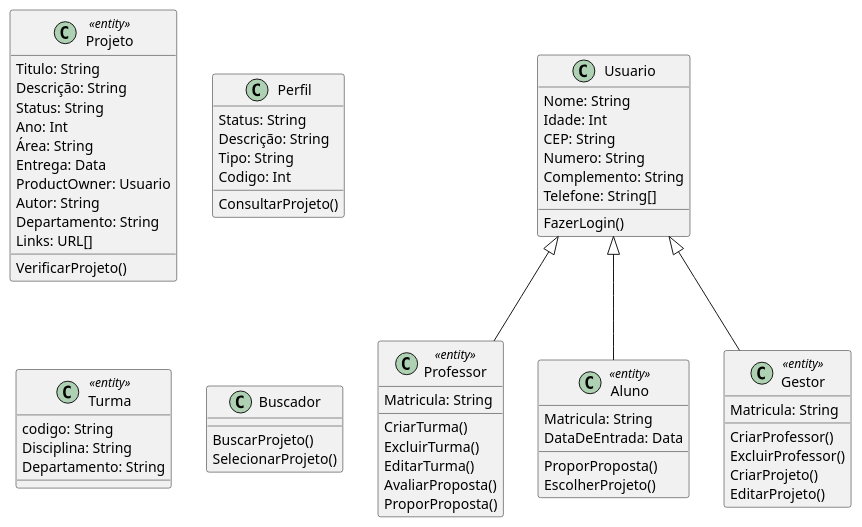
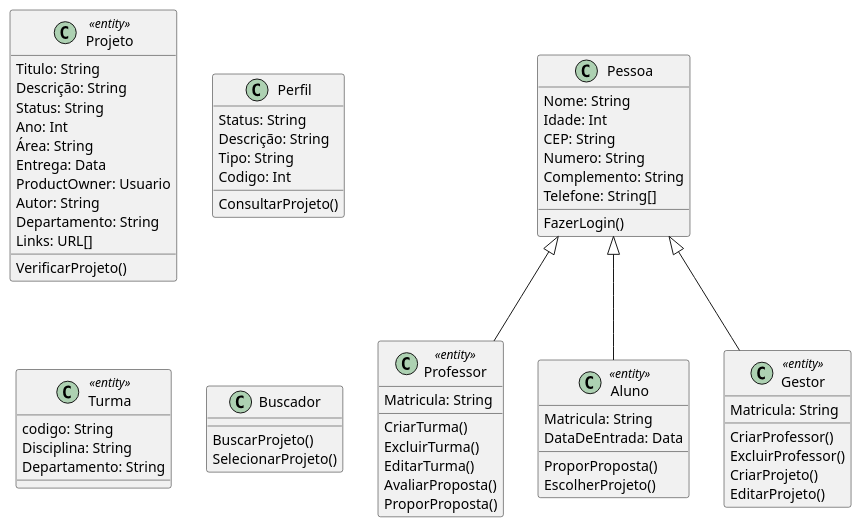
One commit to Pedro-V/projetorium changed the diagram in diagramas/classes_comum.iuml. Above: the diagram before and after it, drawn with PlantUML. The commit also changed 7 other files, not shown here.

Commit message:
corrigido Usuario pra Pessoa

```diff
--- a/diagramas/classes_comum.iuml
+++ b/diagramas/classes_comum.iuml
@@ -1,79 +1,79 @@
 @startuml
-class Usuario {
+class Pessoa {
     Nome: String
     Idade: Int
     CEP: String
     Numero: String
     Complemento: String
     Telefone: String[]
 
     FazerLogin()
 }
 
 class Professor <<entity>>{
     Matricula: String 
 
     CriarTurma()
     ExcluirTurma()
     EditarTurma()
     AvaliarProposta()
     ProporProposta()
 }
 
 class Aluno <<entity>>{
     Matricula: String
     DataDeEntrada: Data
 
     ProporProposta()
     EscolherProjeto()
 }
 
 class Gestor <<entity>>{
     Matricula: String
 
     CriarProfessor()
     ExcluirProfessor()
     CriarProjeto()
     EditarProjeto()
 }
 
 class Projeto <<entity>> {
     Titulo: String
     Descrição: String
     Status: String
     Ano: Int
     Área: String
     Entrega: Data
     ProductOwner: Usuario
     Autor: String
     Departamento: String
     Links: URL[]
 
     VerificarProjeto()
 }
 
 class Perfil  {
     Status: String
     Descrição: String
     Tipo: String
     Codigo: Int
     
     ConsultarProjeto()
 }
 
 class Turma <<entity>>{
     codigo: String
     Disciplina: String
     Departamento: String
 }
 
 class Buscador {
     BuscarProjeto()
     SelecionarProjeto()
 }
 
-Usuario <|-- Professor
-Usuario <|-- Aluno
-Usuario <|-- Gestor
+Pessoa <|-- Professor
+Pessoa <|-- Aluno
+Pessoa <|-- Gestor
 
 @enduml
```
